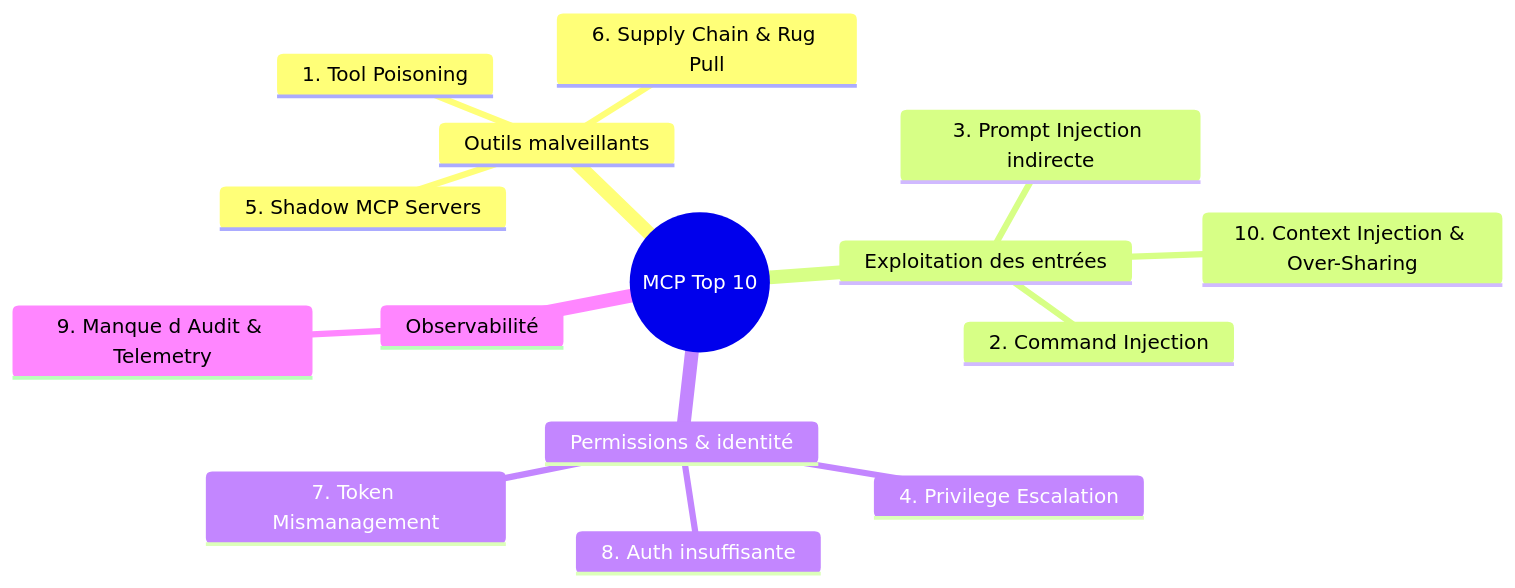
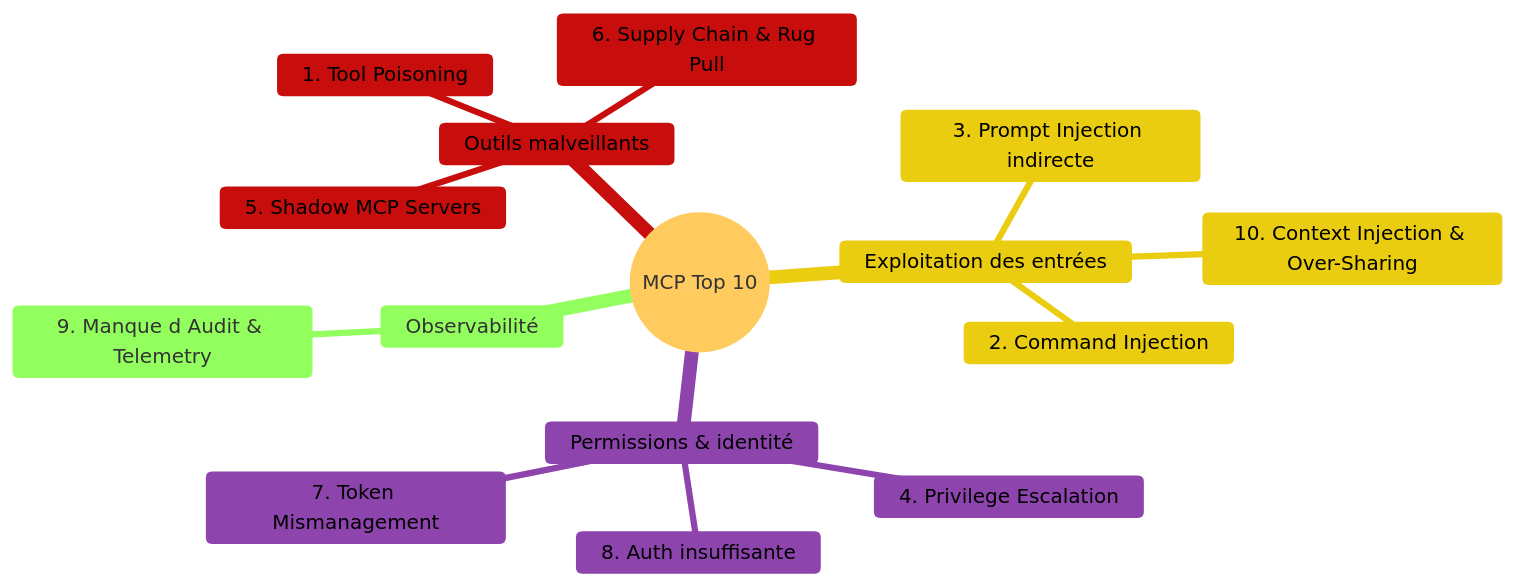
One commit to pi-2r/devoxxfr2026-workshop-jailbreak-prompt-injection-mcp-poisoning changed the second of 9 diagrams in step_12.md. Above: the diagram before and after it, drawn with Mermaid.

Commit message:
make borders with the same colors

````diff
--- a/step_12.md
+++ b/step_12.md
@@ -93,18 +93,19 @@
 ```mermaid
+%%{init: {'theme': 'base', 'themeVariables': {'cScale0': '#773703', 'cScaleLabel0': '#000000', 'cBorder0': '#773703', 'cScale1': '#c80d0d', 'cScaleLabel1': '#000000', 'cBorder1': '#c80d0d', 'cScale2': '#eacd11', 'cScaleLabel2': '#000000', 'cBorder2': '#eacd11', 'cScale3': '#8e44ad', 'cScaleLabel3': '#000000', 'cBorder3': '#8e44ad', 'cScalePeer1': '#773703', 'cScalePeerLabel1': '#000000', 'cScalePeer2': '#c80d0d', 'cScalePeerLabel2': '#000000', 'cScalePeer3': '#eacd11', 'cScalePeerLabel3': '#000000', 'cScalePeer4': '#7d3c98', 'cScalePeerLabel4': '#000000'}}}%%
 mindmap
   root((MCP Top 10))
     Outils malveillants
       1. Tool Poisoning
       6. Supply Chain & Rug Pull
       5. Shadow MCP Servers
     Exploitation des entrées
       2. Command Injection
       3. Prompt Injection indirecte
       10. Context Injection & Over-Sharing
     Permissions & identité
       4. Privilege Escalation
       7. Token Mismanagement
       8. Auth insuffisante
     Observabilité
       9. Manque d Audit & Telemetry
 ```
````
